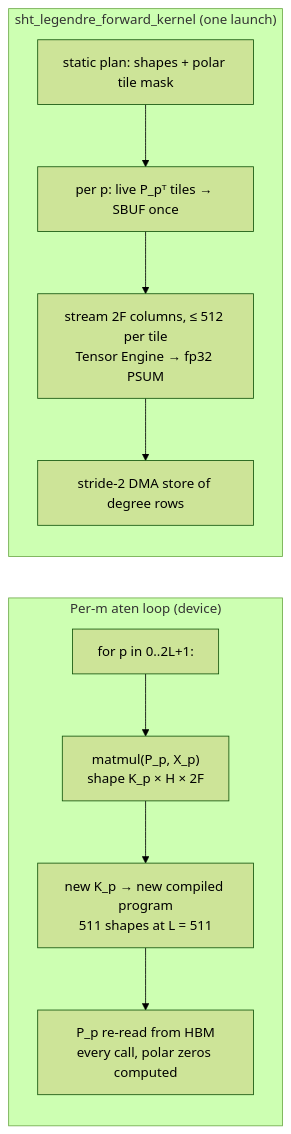
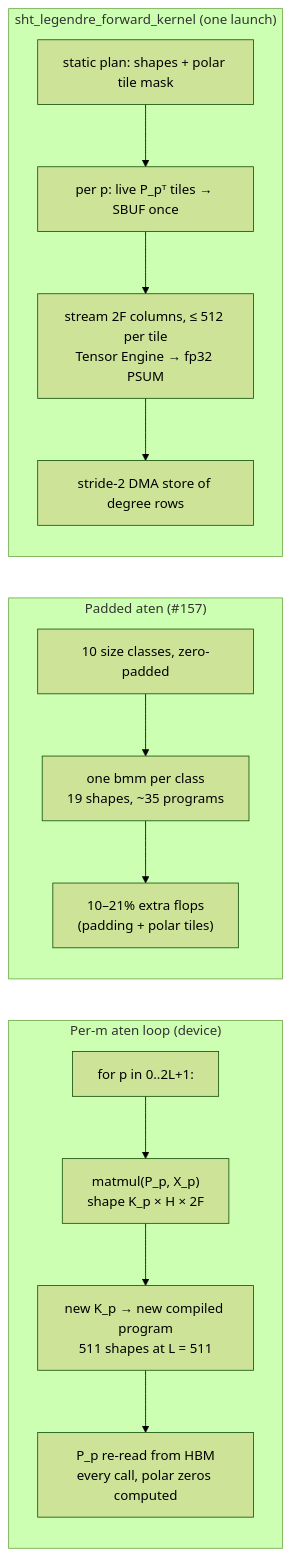
One commit to trnsci/trnsci changed the diagram in docs/blog/posts/2026-11-04-trnfft-spherical-harmonics.md. Above: the diagram before and after it, drawn with Mermaid (forest theme). The commit also changed other lines of this file, not shown here.

First line of the commit message:
blog(trnfft SHT): rework around the padded device-aten results (trnfft#157)

````diff
--- a/docs/blog/posts/2026-11-04-trnfft-spherical-harmonics.md
+++ b/docs/blog/posts/2026-11-04-trnfft-spherical-harmonics.md
@@ -43,15 +43,20 @@
 ```mermaid
 flowchart LR
   subgraph ATEN["Per-m aten loop (device)"]
     direction TB
     a1["for p in 0..2L+1:"] --> a2["matmul(P_p, X_p)\nshape K_p × H × 2F"]
     a2 --> a3["new K_p → new compiled program\n511 shapes at L = 511"]
     a3 --> a4["P_p re-read from HBM\nevery call, polar zeros computed"]
   end
+  subgraph PAD["Padded aten (#157)"]
+    direction TB
+    b1["10 size classes, zero-padded"] --> b2["one bmm per class\n19 shapes, ~35 programs"]
+    b2 --> b3["10–21% extra flops\n(padding + polar tiles)"]
+  end
   subgraph NKI["sht_legendre_forward_kernel (one launch)"]
     direction TB
     n1["static plan: shapes + polar tile mask"] --> n2["per p: live P_pᵀ tiles → SBUF once"]
     n2 --> n3["stream 2F columns, ≤ 512 per tile\nTensor Engine → fp32 PSUM"]
     n3 --> n4["stride-2 DMA store of degree rows"]
   end
 ```
````
